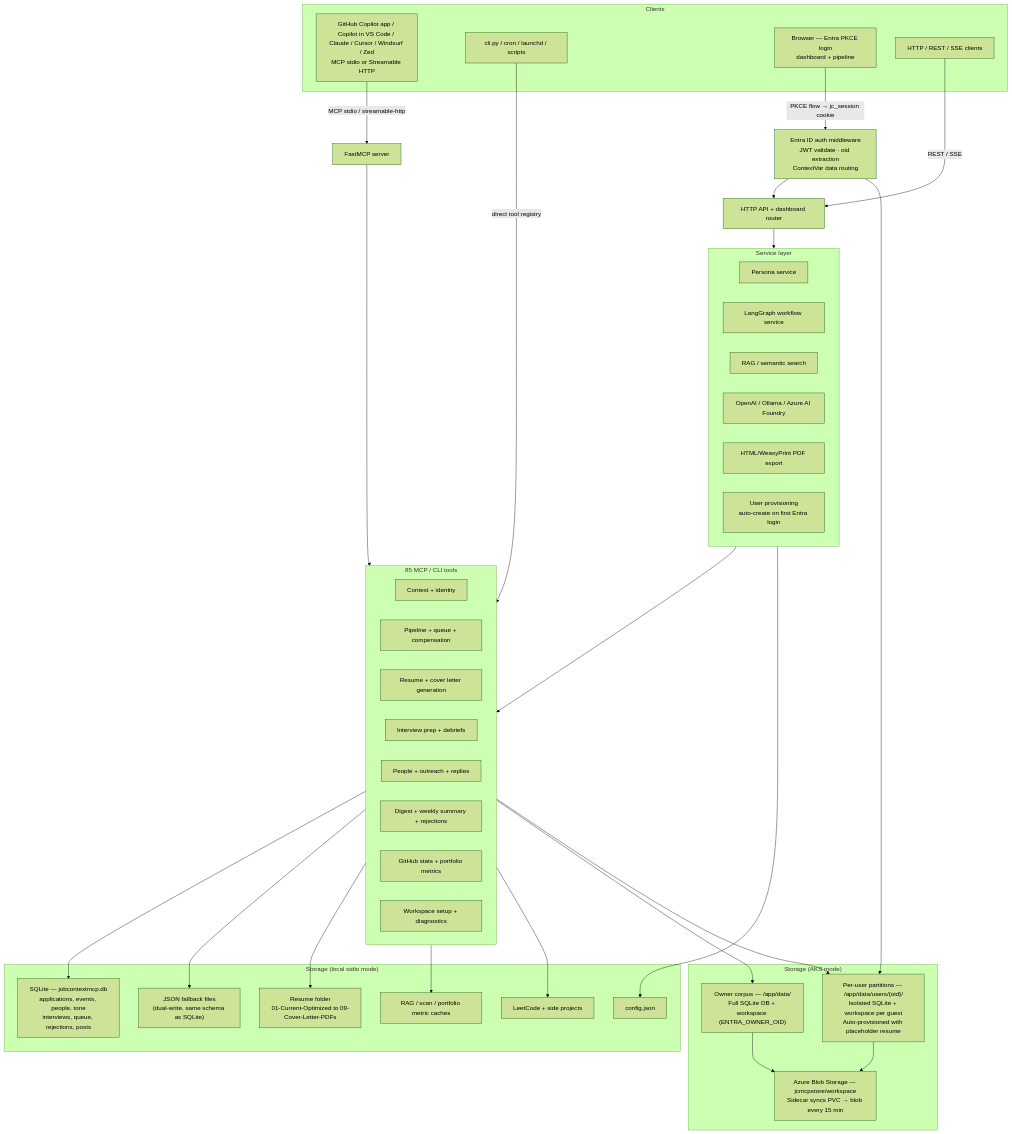
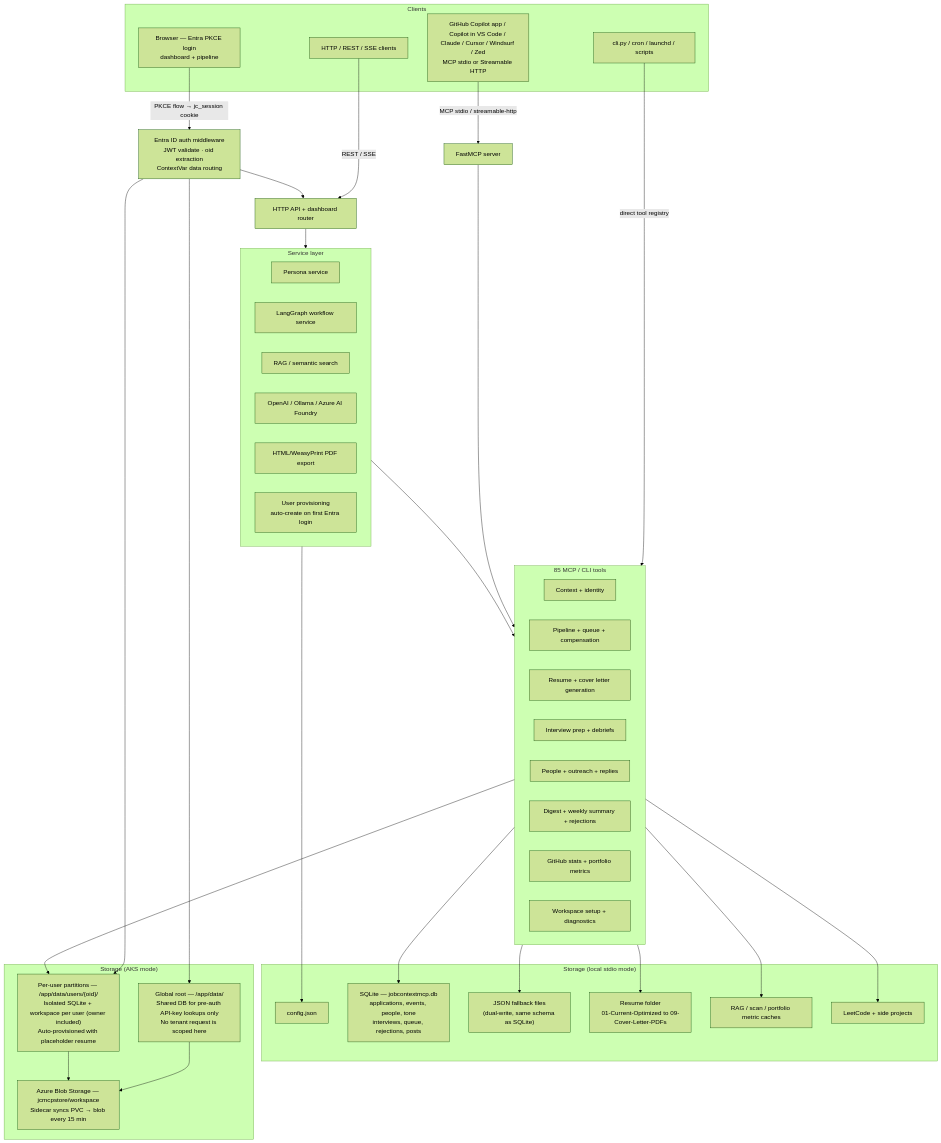
One commit to JustLikeFrank3/jobContextMCP changed the first of 3 diagrams in README.md. Above: the diagram before and after it, drawn with Mermaid (forest theme). The commit also changed other lines of this file and 2 other files, not shown here.

````diff
--- a/README.md
+++ b/README.md
@@ -146,66 +146,66 @@
 ```mermaid
 graph TB
   subgraph CLIENTS["Clients"]
     COPILOT["GitHub Copilot app / Copilot in VS Code / Claude / Cursor / Windsurf / Zed\nMCP stdio or Streamable HTTP"]
     CLI["cli.py / cron / launchd / scripts"]
     DASH["Browser — Entra PKCE login\ndashboard + pipeline"]
     HTTPCLIENT["HTTP / REST / SSE clients"]
   end
 
   COPILOT -->|"MCP stdio / streamable-http"| MCP["FastMCP server"]
   CLI -->|"direct tool registry"| TOOLS
   DASH -->|"PKCE flow → jc_session cookie"| ENTRA["Entra ID auth middleware\nJWT validate · oid extraction\nContextVar data routing"]
   HTTPCLIENT -->|"REST / SSE"| HTTP["HTTP API + dashboard router"]
   ENTRA --> HTTP
 
   HTTP --> SERVICES
   MCP --> TOOLS
   SERVICES --> TOOLS
 
   subgraph SERVICES["Service layer"]
     PERSONA["Persona service"]
     WORKFLOW["LangGraph workflow service"]
     RAG["RAG / semantic search"]
     LLM["OpenAI / Ollama / Azure AI Foundry"]
     PDF["HTML/WeasyPrint PDF export"]
     PROV["User provisioning\nauto-create on first Entra login"]
   end
 
   subgraph TOOLS["85 MCP / CLI tools"]
     CTX["Context + identity"]
     PIPE["Pipeline + queue + compensation"]
     DOCS["Resume + cover letter generation"]
     INTERVIEW["Interview prep + debriefs"]
     OUTREACH["People + outreach + replies"]
     ANALYTICS["Digest + weekly summary + rejections"]
     PORTFOLIO["GitHub stats + portfolio metrics"]
     SETUP["Workspace setup + diagnostics"]
   end
 
   subgraph FILES["Storage (local stdio mode)"]
     CONFIG["config.json"]
     SQLITE["SQLite — jobcontextmcp.db\napplications, events, people, tone\ninterviews, queue, rejections, posts"]
     DATA["JSON fallback files\n(dual-write, same schema as SQLite)"]
     MATERIALS["Resume folder\n01-Current-Optimized to 09-Cover-Letter-PDFs"]
     INDEX["RAG / scan / portfolio metric caches"]
     PROJECTS["LeetCode + side projects"]
   end
 
   subgraph AKS_FILES["Storage (AKS mode)"]
-    AKS_OWNER["Owner corpus — /app/data/\nFull SQLite DB + workspace (ENTRA_OWNER_OID)"]
-    AKS_USERS["Per-user partitions — /app/data/users/{oid}/\nIsolated SQLite + workspace per guest\nAuto-provisioned with placeholder resume"]
+    AKS_GLOBAL["Global root — /app/data/\nShared DB for pre-auth API-key lookups only\nNo tenant request is scoped here"]
+    AKS_USERS["Per-user partitions — /app/data/users/{oid}/\nIsolated SQLite + workspace per user (owner included)\nAuto-provisioned with placeholder resume"]
     BLOB["Azure Blob Storage — jcmcpstore/workspace\nSidecar syncs PVC → blob every 15 min"]
   end
 
   SERVICES --> CONFIG
   TOOLS --> SQLITE
   TOOLS --> DATA
   TOOLS --> MATERIALS
   TOOLS --> INDEX
   TOOLS --> PROJECTS
-  TOOLS --> AKS_OWNER
   TOOLS --> AKS_USERS
   ENTRA --> AKS_USERS
-  AKS_OWNER --> BLOB
+  ENTRA --> AKS_GLOBAL
+  AKS_GLOBAL --> BLOB
   AKS_USERS --> BLOB
 ```
````
